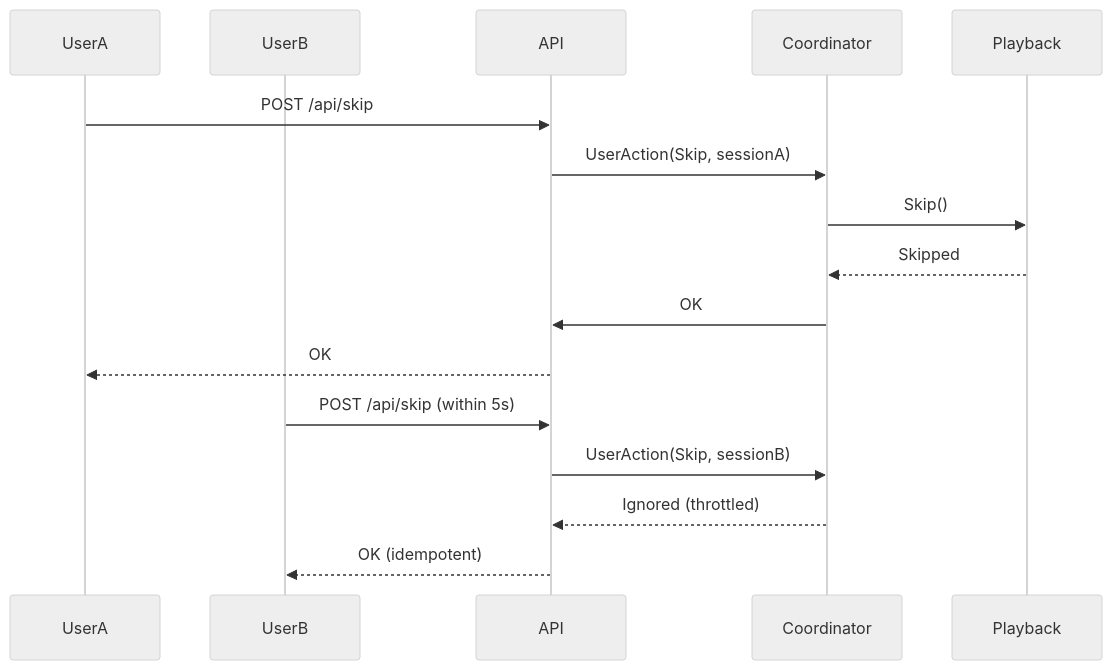
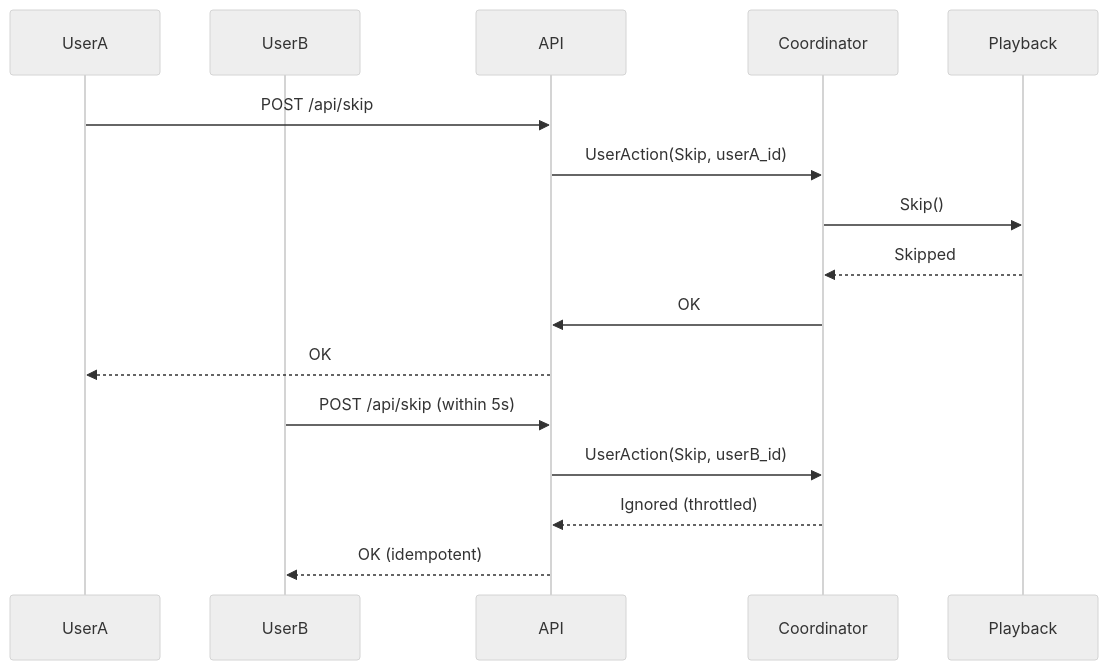
Before and after one commit to MangoCats/McRhythm: the first of 3 diagrams in multi_user_coordination.md, drawn with Mermaid (neutral theme). The commit also changed other lines of this file and 12 other files, not shown here.

````diff
--- a/multi_user_coordination.md
+++ b/multi_user_coordination.md
@@ -60,20 +60,20 @@
   ```mermaid
   sequenceDiagram
     participant UserA
     participant UserB
     participant API
     participant Coordinator
     participant Playback
 
     UserA->>API: POST /api/skip
-    API->>Coordinator: UserAction(Skip, sessionA)
+    API->>Coordinator: UserAction(Skip, userA_id)
     Coordinator->>Playback: Skip()
     Playback-->>Coordinator: Skipped
     Coordinator->>API: OK
     API-->>UserA: OK
 
     UserB->>API: POST /api/skip (within 5s)
-    API->>Coordinator: UserAction(Skip, sessionB)
+    API->>Coordinator: UserAction(Skip, userB_id)
     Coordinator-->>API: Ignored (throttled)
     API-->>UserB: OK (idempotent)
   ```
````
